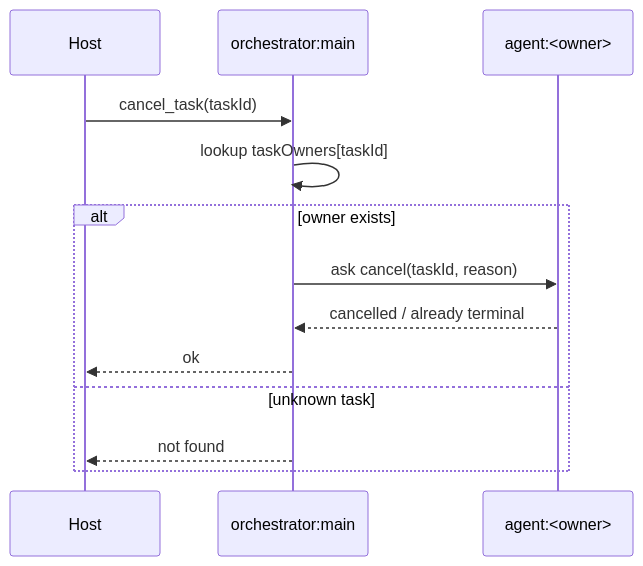
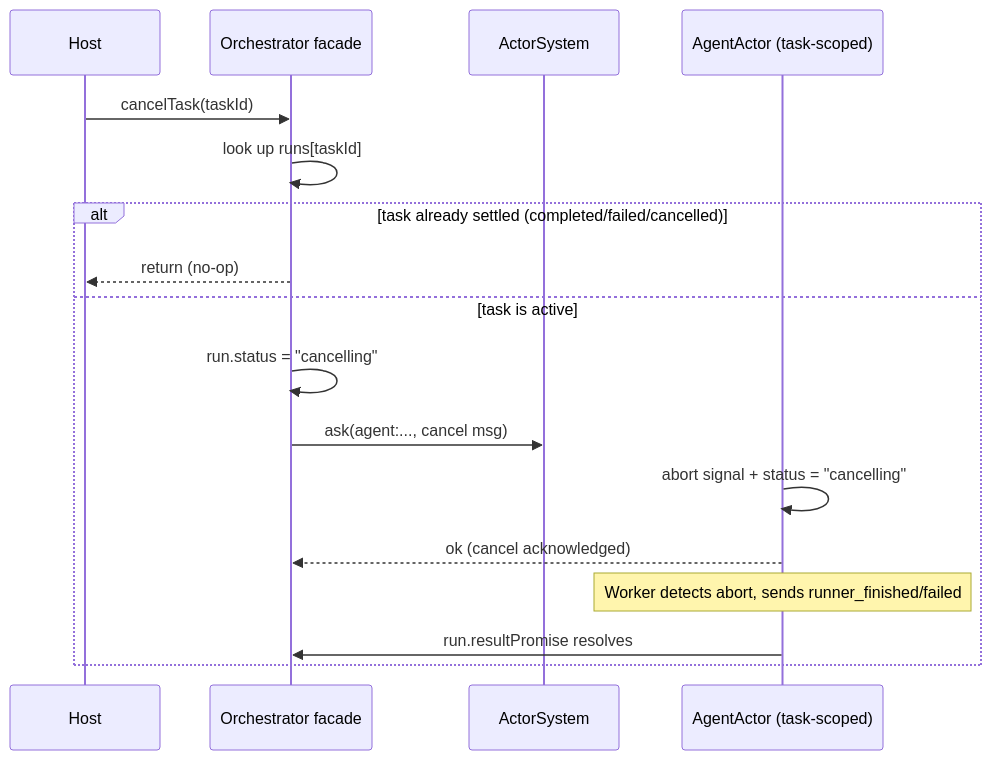
One commit to biuld/piko changed the second of 2 diagrams in packages/orchestrator/docs/actors/main-actor.md. Above: the diagram before and after it, drawn with Mermaid. The commit also changed other lines of this file and 48 other files, not shown here.

Commit message:
refactor orchestrator task actor architecture

````diff
--- a/packages/orchestrator/docs/actors/main-actor.md
+++ b/packages/orchestrator/docs/actors/main-actor.md
@@ -133,16 +73,20 @@
 ```mermaid
 sequenceDiagram
   participant Host
-  participant Main as orchestrator:main
-  participant Agent as agent:<owner>
+  participant Facade as Orchestrator facade
+  participant Kernel as ActorSystem
+  participant Agent as AgentActor (task-scoped)
 
-  Host->>Main: cancel_task(taskId)
-  Main->>Main: lookup taskOwners[taskId]
-  alt owner exists
-    Main->>Agent: ask cancel(taskId, reason)
-    Agent-->>Main: cancelled / already terminal
-    Main-->>Host: ok
-  else unknown task
-    Main-->>Host: not found
+  Host->>Facade: cancelTask(taskId)
+  Facade->>Facade: look up runs[taskId]
+  alt task already settled (completed/failed/cancelled)
+    Facade-->>Host: return (no-op)
+  else task is active
+    Facade->>Facade: run.status = "cancelling"
+    Facade->>Kernel: ask(agent:..., cancel msg)
+    Agent->>Agent: abort signal + status = "cancelling"
+    Agent-->>Facade: ok (cancel acknowledged)
+    Note over Agent: Worker detects abort, sends runner_finished/failed
+    Agent->>Facade: run.resultPromise resolves
   end
 ```
````
